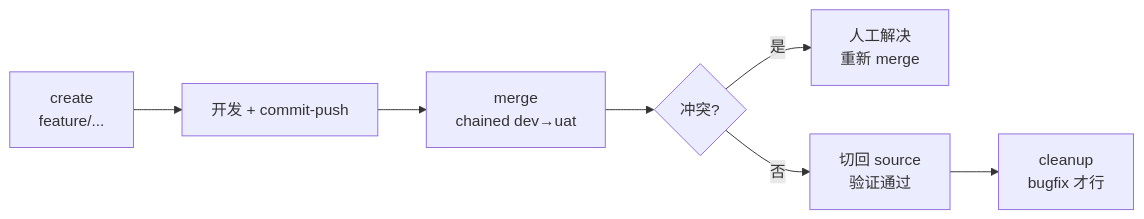
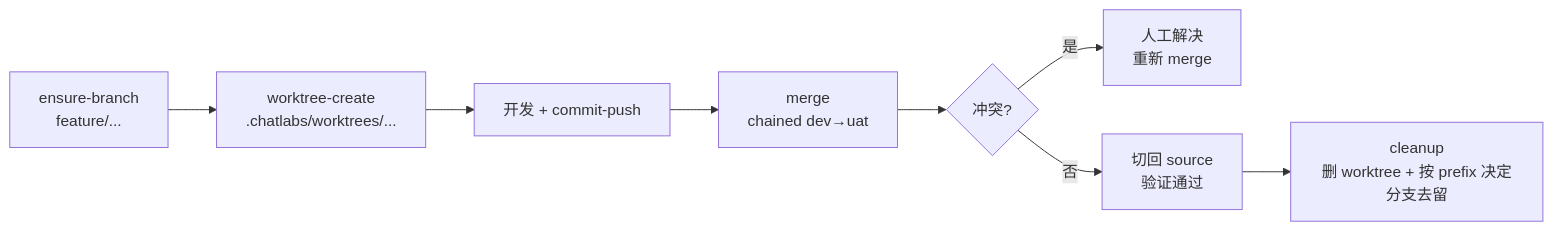
The diagram in .claude/skills/git/SKILL.md (dd-xiaozhi/dev-agent-flow), drawn with Mermaid before and after one commit. The commit also changed other lines of this file and 22 other files, not shown here.

````diff
--- a/.claude/skills/git/SKILL.md
+++ b/.claude/skills/git/SKILL.md
@@ -89,9 +92,10 @@
 ```mermaid
 flowchart LR
-  A[create<br/>feature/...] --> B[开发 + commit-push]
+  A[ensure-branch<br/>feature/...] --> A2[worktree-create<br/>.chatlabs/worktrees/...]
+  A2 --> B[开发 + commit-push]
   B --> C[merge<br/>chained dev→uat]
   C --> D{冲突?}
   D -->|是| E[人工解决<br/>重新 merge]
   D -->|否| F[切回 source<br/>验证通过]
-  F --> G[cleanup<br/>bugfix 才行]
+  F --> G[cleanup<br/>删 worktree + 按 prefix 决定分支去留]
 ```
````
